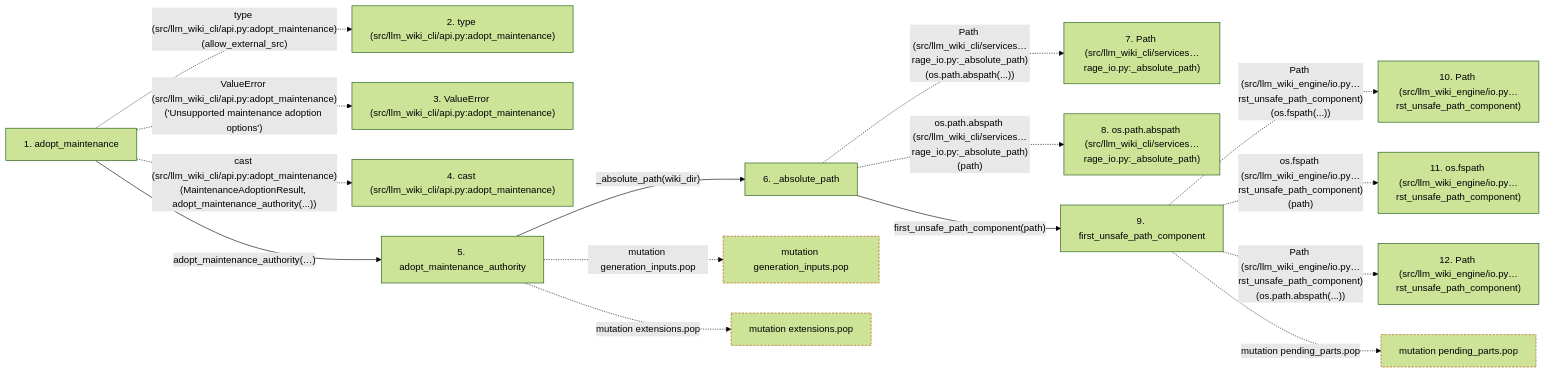
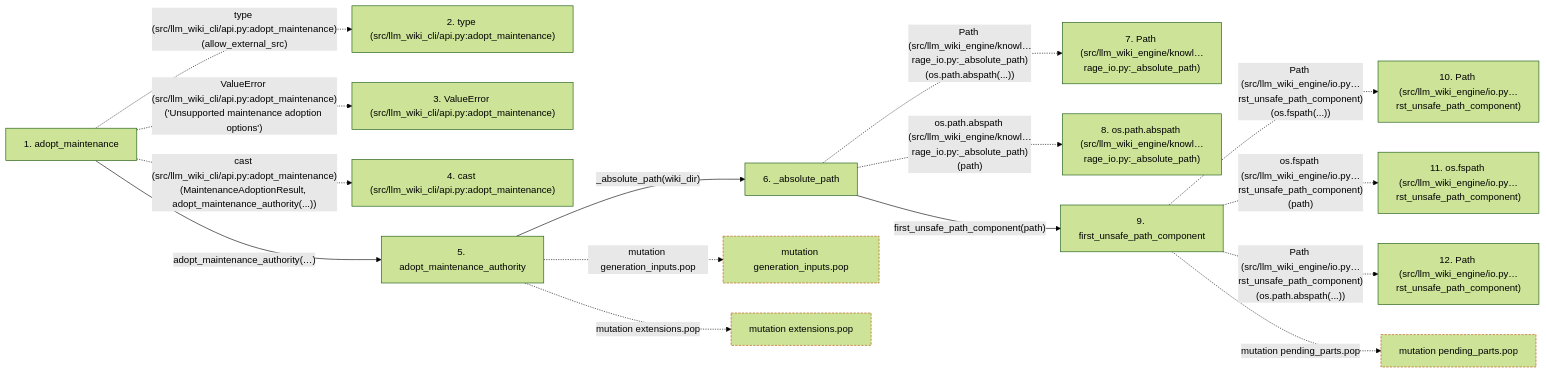
One commit to Denissvgn/python-wiki-llm changed the second of 2 diagrams in docs/llm_wiki/flows/api-adopt_maintenance.md. Above: the diagram before and after it, drawn with Mermaid (forest theme). The commit also changed other lines of this file and 1058 other files, not shown here.

````diff
--- a/docs/llm_wiki/flows/api-adopt_maintenance.md
+++ b/docs/llm_wiki/flows/api-adopt_maintenance.md
@@ -204,40 +204,40 @@
 ```mermaid
 flowchart LR
     s1["1. adopt_maintenance"]
     s2["2. type (src/llm_wiki_cli/api.py:adopt_maintenance)"]
     s3["3. ValueError (src/llm_wiki_cli/api.py:adopt_maintenance)"]
     s4["4. cast (src/llm_wiki_cli/api.py:adopt_maintenance)"]
     s5["5. adopt_maintenance_authority"]
     s6["6. _absolute_path"]
-    s7["7. Path (src/llm_wiki_cli/services…rage_io.py:_absolute_path)"]
-    s8["8. os.path.abspath (src/llm_wiki_cli/services…rage_io.py:_absolute_path)"]
+    s7["7. Path (src/llm_wiki_engine/knowl…rage_io.py:_absolute_path)"]
+    s8["8. os.path.abspath (src/llm_wiki_engine/knowl…rage_io.py:_absolute_path)"]
     s9["9. first_unsafe_path_component"]
     s10["10. Path (src/llm_wiki_engine/io.py…rst_unsafe_path_component)"]
     s11["11. os.fspath (src/llm_wiki_engine/io.py…rst_unsafe_path_component)"]
     s12["12. Path (src/llm_wiki_engine/io.py…rst_unsafe_path_component)"]
     s1 -. "type (src/llm_wiki_cli/api.py:adopt_maintenance)(allow_external_src)" .-> s2
     s1 -. "ValueError (src/llm_wiki_cli/api.py:adopt_maintenance)('Unsupported maintenance adoption options')" .-> s3
     s1 -. "cast (src/llm_wiki_cli/api.py:adopt_maintenance)(MaintenanceAdoptionResult, adopt_maintenance_authority(...))" .-> s4
     s1 -->|"adopt_maintenance_authority(…)"| s5
     s5 -->|"_absolute_path(wiki_dir)"| s6
-    s6 -. "Path (src/llm_wiki_cli/services…rage_io.py:_absolute_path)(os.path.abspath(...))" .-> s7
-    s6 -. "os.path.abspath (src/llm_wiki_cli/services…rage_io.py:_absolute_path)(path)" .-> s8
+    s6 -. "Path (src/llm_wiki_engine/knowl…rage_io.py:_absolute_path)(os.path.abspath(...))" .-> s7
+    s6 -. "os.path.abspath (src/llm_wiki_engine/knowl…rage_io.py:_absolute_path)(path)" .-> s8
     s6 -->|"first_unsafe_path_component(path)"| s9
     s9 -. "Path (src/llm_wiki_engine/io.py…rst_unsafe_path_component)(os.fspath(...))" .-> s10
     s9 -. "os.fspath (src/llm_wiki_engine/io.py…rst_unsafe_path_component)(path)" .-> s11
     s9 -. "Path (src/llm_wiki_engine/io.py…rst_unsafe_path_component)(os.path.abspath(...))" .-> s12
     b0["mutation generation_inputs.pop"]
     s5 -. "mutation generation_inputs.pop" .-> b0
     b1["mutation extensions.pop"]
     s5 -. "mutation extensions.pop" .-> b1
     b2["mutation pending_parts.pop"]
     s9 -. "mutation pending_parts.pop" .-> b2
     click s1 "../modules/api.md"
     click s5 "../modules/maintenance_service.md"
     click s6 "../modules/knowledge_storage_io.md"
     click s9 "../modules/io.md"
     classDef boundary stroke:#b45309,stroke-dasharray: 4 2
     class b0 boundary
     class b1 boundary
     class b2 boundary
 ```
````
